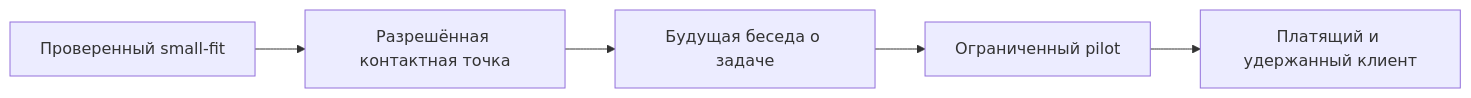
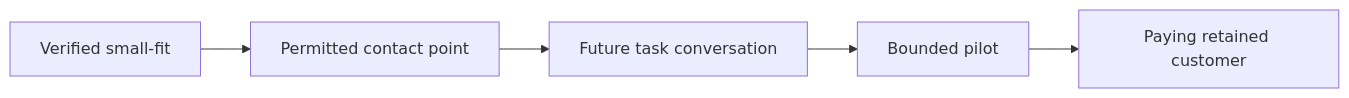
Before and after one commit to zxc0zxc0zxc/palarran-framework: the diagram in docs/product/b2b.md, drawn with Mermaid. The commit also changed other lines of this file and 783 other files, not shown here.

````diff
--- a/docs/product/b2b.md
+++ b/docs/product/b2b.md
@@ -29,7 +29,7 @@
 ```mermaid
 flowchart LR
-    A[Проверенный small-fit] --> B[Разрешённая контактная точка]
-    B --> C[Будущая беседа о задаче]
-    C --> D[Ограниченный pilot]
-    D --> E[Платящий и удержанный клиент]
+    A[Verified small-fit] --> B[Permitted contact point]
+    B --> C[Future task conversation]
+    C --> D[Bounded pilot]
+    D --> E[Paying retained customer]
 ```
````
